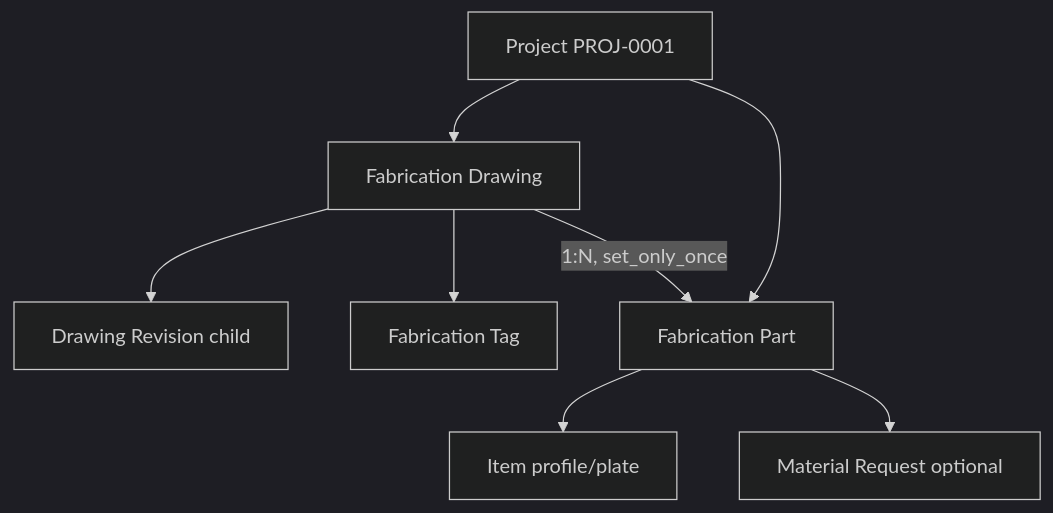
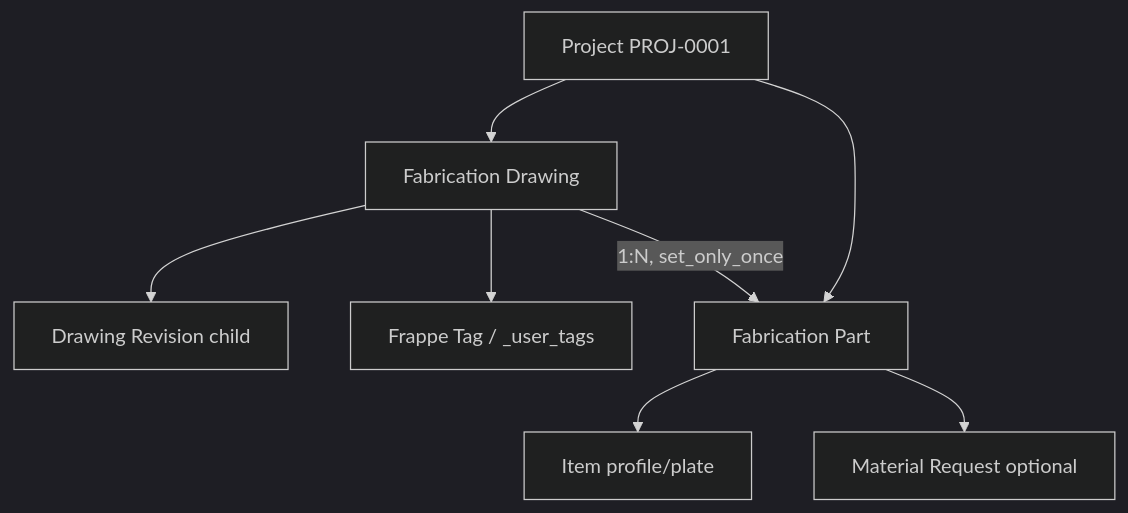
One commit to UpGoTech/fabtrk changed the second of 2 diagrams in spec/00-fabrication-drawings.md. Above: the diagram before and after it, drawn with Mermaid (dark theme). The commit also changed other lines of this file and 2 other files, not shown here.

First line of the commit message:
docs: lock Project form layout and update fabrication progress

````diff
--- a/spec/00-fabrication-drawings.md
+++ b/spec/00-fabrication-drawings.md
@@ -53,18 +53,18 @@
 ```mermaid
 flowchart TB
   Project["Project PROJ-0001"]
   Drawing["Fabrication Drawing"]
   Rev["Drawing Revision child"]
-  Tag["Fabrication Tag"]
+  SysTag["Frappe Tag / _user_tags"]
   Part["Fabrication Part"]
   Item["Item profile/plate"]
   MR["Material Request optional"]
 
   Project --> Drawing
   Drawing --> Rev
-  Drawing --> Tag
+  Drawing --> SysTag
   Drawing -->|"1:N, set_only_once"| Part
   Project --> Part
   Part --> Item
   Part --> MR
 ```
````
